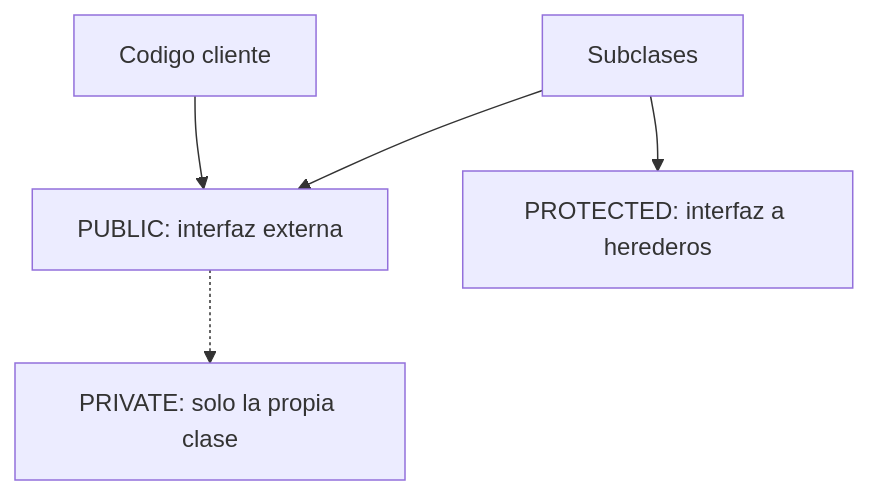
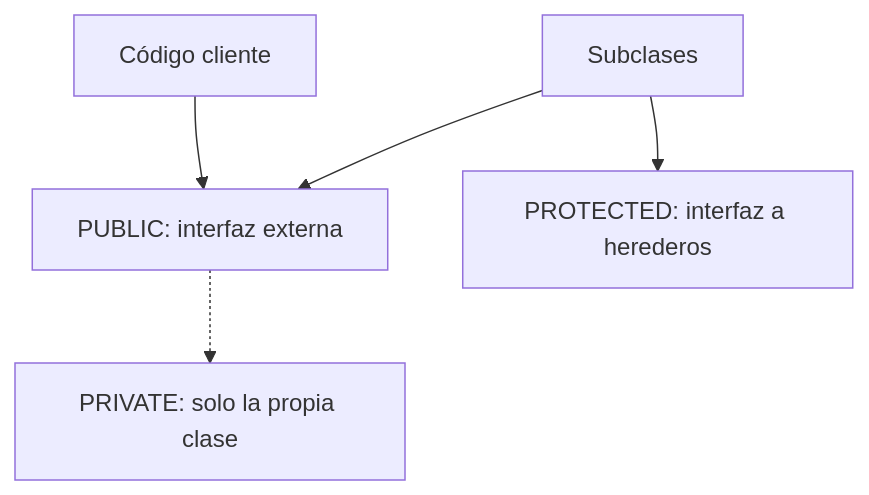
The diagram in es/oo-encapsulacion-y-visibilidad.mdx (logalitech/blog-content), drawn with Mermaid before and after one commit. The commit also changed 49 other files, not shown here.

````diff
--- a/es/oo-encapsulacion-y-visibilidad.mdx
+++ b/es/oo-encapsulacion-y-visibilidad.mdx
@@ -23,8 +23,8 @@
 ```mermaid
 flowchart TD
-  Cliente["Codigo cliente"] --> Pub["PUBLIC: interfaz externa"]
+  Cliente["Código cliente"] --> Pub["PUBLIC: interfaz externa"]
   Sub["Subclases"] --> Pub
   Sub --> Prot["PROTECTED: interfaz a herederos"]
   Priv["PRIVATE: solo la propia clase"]
   Pub -.-> Priv
 ```
````
